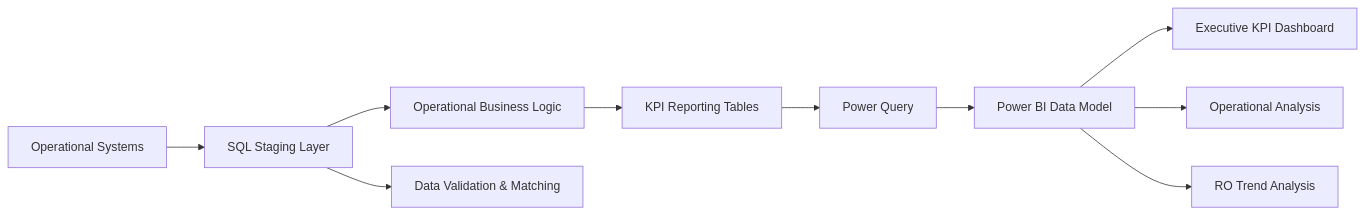
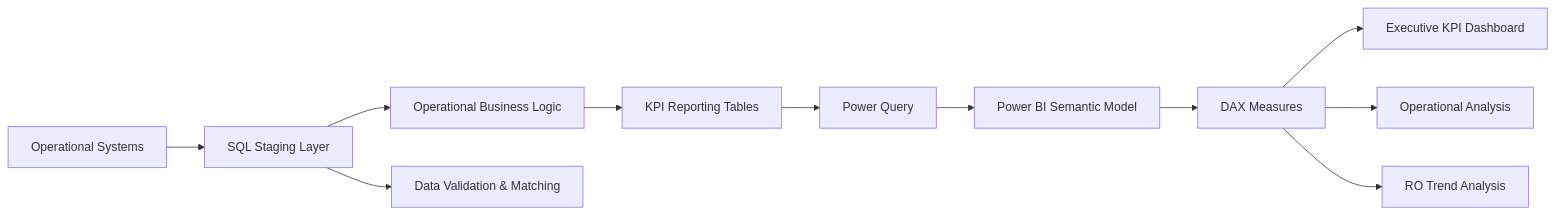
Before and after one commit to Ivke555/aviation-procurement-kpi-dashboard: the diagram in README.md, drawn with Mermaid. The commit also changed other lines of this file, not shown here.

First line of the commit message:
Add Power Query portfolio example to README

````diff
--- a/README.md
+++ b/README.md
@@ -44,14 +44,15 @@
 ```mermaid
 flowchart LR
     A[Operational Systems] --> B[SQL Staging Layer]
     B --> C[Operational Business Logic]
     C --> D[KPI Reporting Tables]
     D --> E[Power Query]
-    E --> F[Power BI Data Model]
+    E --> F[Power BI Semantic Model]
 
-    F --> G[Executive KPI Dashboard]
-    F --> H[Operational Analysis]
-    F --> I[RO Trend Analysis]
+    F --> G[DAX Measures]
+    G --> H[Executive KPI Dashboard]
+    G --> I[Operational Analysis]
+    G --> J[RO Trend Analysis]
 
-    B --> J[Data Validation & Matching]
+    B --> K[Data Validation & Matching]
 ```
````
